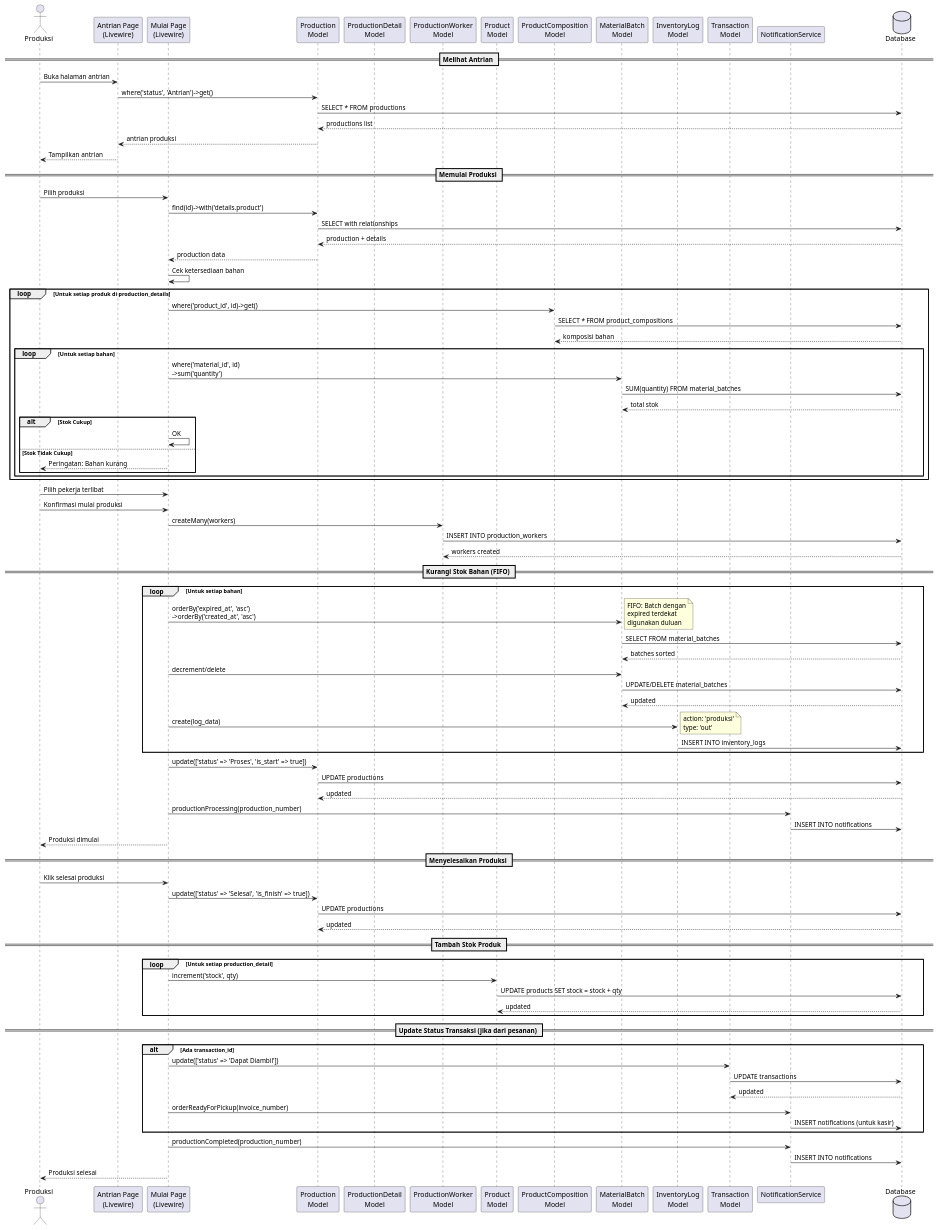
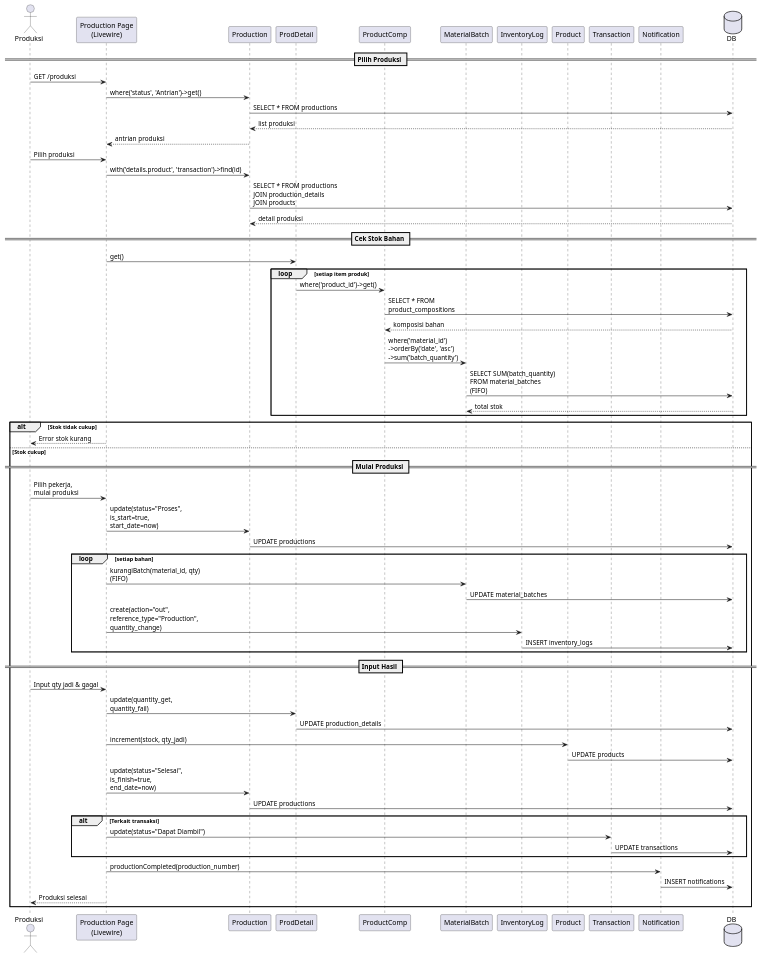
One commit to pawon3d/pawon3d changed the diagram in docs/diagrams/puml/03_sequence_produksi.puml. Above: the diagram before and after it, drawn with PlantUML. The commit also changed 155 other files, not shown here.

```diff
--- a/docs/diagrams/puml/03_sequence_produksi.puml
+++ b/docs/diagrams/puml/03_sequence_produksi.puml
@@ -1,119 +1,79 @@
-@startuml Sequence Diagram - Proses Produksi
+@startuml Sequence - Produksi (Pesanan/Siap Beli)
 
-actor Produksi as User
-participant "Antrian Page\n(Livewire)" as Queue
-participant "Mulai Page\n(Livewire)" as Start
-participant "Production\nModel" as Production
-participant "ProductionDetail\nModel" as ProdDetail
-participant "ProductionWorker\nModel" as Worker
-participant "Product\nModel" as Product
-participant "ProductComposition\nModel" as Composition
-participant "MaterialBatch\nModel" as Batch
-participant "InventoryLog\nModel" as Log
-participant "Transaction\nModel" as Transaction
-participant "NotificationService" as Notif
-database Database as DB
+actor Produksi
+participant "Production Page\n(Livewire)" as Page
+participant Production as Prod
+participant ProdDetail
+participant ProductComp
+participant MaterialBatch
+participant InventoryLog
+participant Product
+participant Transaction
+participant Notification as Notif
+database DB
 
-== Melihat Antrian ==
-User -> Queue: Buka halaman antrian
-Queue -> Production: where('status', 'Antrian')->get()
-Production -> DB: SELECT * FROM productions
-DB --> Production: productions list
-Production --> Queue: antrian produksi
-Queue --> User: Tampilkan antrian
+== Pilih Produksi ==
+Produksi -> Page: GET /produksi
+Page -> Prod: where('status', 'Antrian')->get()
+Prod -> DB: SELECT * FROM productions
+DB --> Prod: list produksi
+Prod --> Page: antrian produksi
 
-== Memulai Produksi ==
-User -> Start: Pilih produksi
-Start -> Production: find(id)->with('details.product')
-Production -> DB: SELECT with relationships
-DB --> Production: production + details
-Production --> Start: production data
+Produksi -> Page: Pilih produksi
+Page -> Prod: with('details.product', 'transaction')->find(id)
+Prod -> DB: SELECT * FROM productions\nJOIN production_details\nJOIN products
+DB --> Prod: detail produksi
 
-Start -> Start: Cek ketersediaan bahan
-
-loop Untuk setiap produk di production_details
-    Start -> Composition: where('product_id', id)->get()
-    Composition -> DB: SELECT * FROM product_compositions
-    DB --> Composition: komposisi bahan
+== Cek Stok Bahan ==
+Page -> ProdDetail: get()
+loop setiap item produk
+    ProdDetail -> ProductComp: where('product_id')->get()
+    ProductComp -> DB: SELECT * FROM\nproduct_compositions
+    DB --> ProductComp: komposisi bahan
     
-    loop Untuk setiap bahan
-        Start -> Batch: where('material_id', id)\n->sum('quantity')
-        Batch -> DB: SUM(quantity) FROM material_batches
-        DB --> Batch: total stok
-        
-        alt Stok Cukup
-            Start -> Start: OK
-        else Stok Tidak Cukup
-            Start --> User: Peringatan: Bahan kurang
-        end
-    end
+    ProductComp -> MaterialBatch: where('material_id')\n->orderBy('date', 'asc')\n->sum('batch_quantity')
+    MaterialBatch -> DB: SELECT SUM(batch_quantity)\nFROM material_batches\n(FIFO)
+    DB --> MaterialBatch: total stok
 end
 
-User -> Start: Pilih pekerja terlibat
-User -> Start: Konfirmasi mulai produksi
-
-Start -> Worker: createMany(workers)
-Worker -> DB: INSERT INTO production_workers
-DB --> Worker: workers created
-
-== Kurangi Stok Bahan (FIFO) ==
-loop Untuk setiap bahan
-    Start -> Batch: orderBy('expired_at', 'asc')\n->orderBy('created_at', 'asc')
-    note right
-      FIFO: Batch dengan
-      expired terdekat
-      digunakan duluan
-    end note
-    Batch -> DB: SELECT FROM material_batches
-    DB --> Batch: batches sorted
+alt Stok tidak cukup
+    Page --> Produksi: Error stok kurang
+else Stok cukup
+    == Mulai Produksi ==
+    Produksi -> Page: Pilih pekerja,\nmulai produksi
     
-    Start -> Batch: decrement/delete
-    Batch -> DB: UPDATE/DELETE material_batches
-    DB --> Batch: updated
+    Page -> Prod: update(status="Proses",\nis_start=true,\nstart_date=now)
+    Prod -> DB: UPDATE productions
     
-    Start -> Log: create(log_data)
-    note right
-      action: 'produksi'
-      type: 'out'
-    end note
-    Log -> DB: INSERT INTO inventory_logs
+    loop setiap bahan
+        Page -> MaterialBatch: kurangiBatch(material_id, qty)\n(FIFO)
+        MaterialBatch -> DB: UPDATE material_batches
+        
+        Page -> InventoryLog: create(action="out",\nreference_type="Production",\nquantity_change)
+        InventoryLog -> DB: INSERT inventory_logs
+    end
+    
+    == Input Hasil ==
+    Produksi -> Page: Input qty jadi & gagal
+    
+    Page -> ProdDetail: update(quantity_get,\nquantity_fail)
+    ProdDetail -> DB: UPDATE production_details
+    
+    Page -> Product: increment(stock, qty_jadi)
+    Product -> DB: UPDATE products
+    
+    Page -> Prod: update(status="Selesai",\nis_finish=true,\nend_date=now)
+    Prod -> DB: UPDATE productions
+    
+    alt Terkait transaksi
+        Page -> Transaction: update(status="Dapat Diambil")
+        Transaction -> DB: UPDATE transactions
+    end
+    
+    Page -> Notif: productionCompleted(production_number)
+    Notif -> DB: INSERT notifications
+    
+    Page --> Produksi: Produksi selesai
 end
 
-Start -> Production: update(['status' => 'Proses', 'is_start' => true])
-Production -> DB: UPDATE productions
-DB --> Production: updated
-
-Start -> Notif: productionProcessing(production_number)
-Notif -> DB: INSERT INTO notifications
-Start --> User: Produksi dimulai
-
-== Menyelesaikan Produksi ==
-User -> Start: Klik selesai produksi
-
-Start -> Production: update(['status' => 'Selesai', 'is_finish' => true])
-Production -> DB: UPDATE productions
-DB --> Production: updated
-
-== Tambah Stok Produk ==
-loop Untuk setiap production_detail
-    Start -> Product: increment('stock', qty)
-    Product -> DB: UPDATE products SET stock = stock + qty
-    DB --> Product: updated
-end
-
-== Update Status Transaksi (jika dari pesanan) ==
-alt Ada transaction_id
-    Start -> Transaction: update(['status' => 'Dapat Diambil'])
-    Transaction -> DB: UPDATE transactions
-    DB --> Transaction: updated
-    
-    Start -> Notif: orderReadyForPickup(invoice_number)
-    Notif -> DB: INSERT notifications (untuk kasir)
-end
-
-Start -> Notif: productionCompleted(production_number)
-Notif -> DB: INSERT INTO notifications
-
-Start --> User: Produksi selesai
-
 @enduml
```
